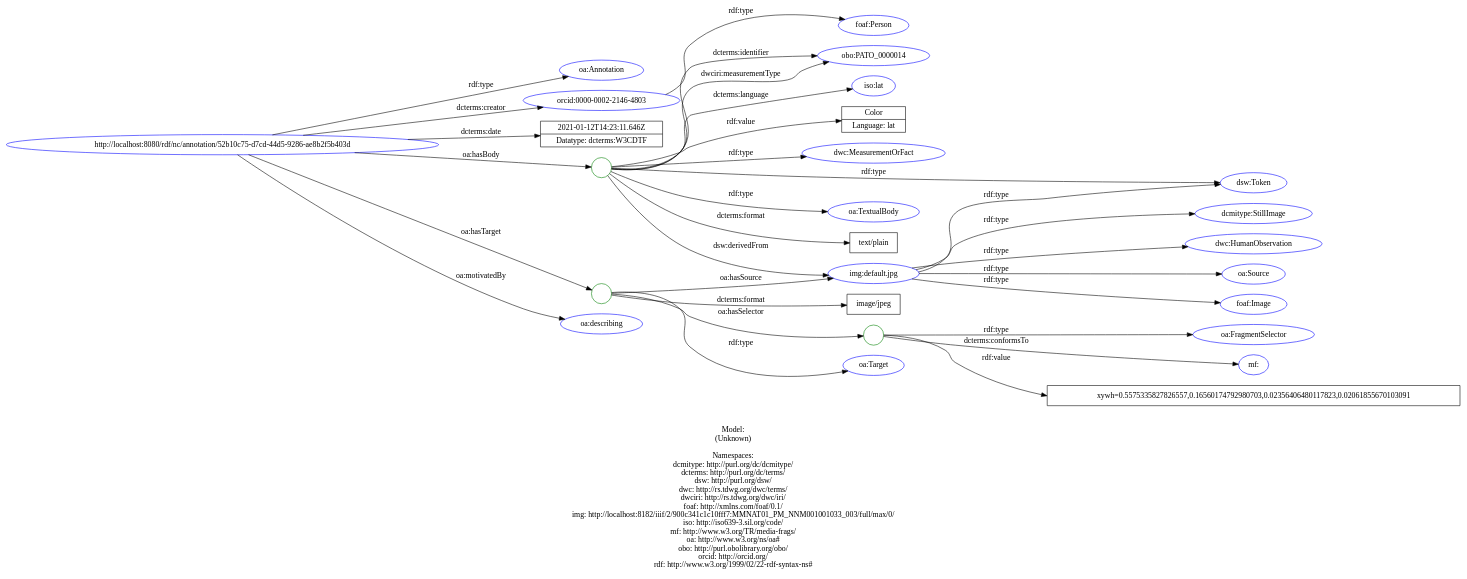
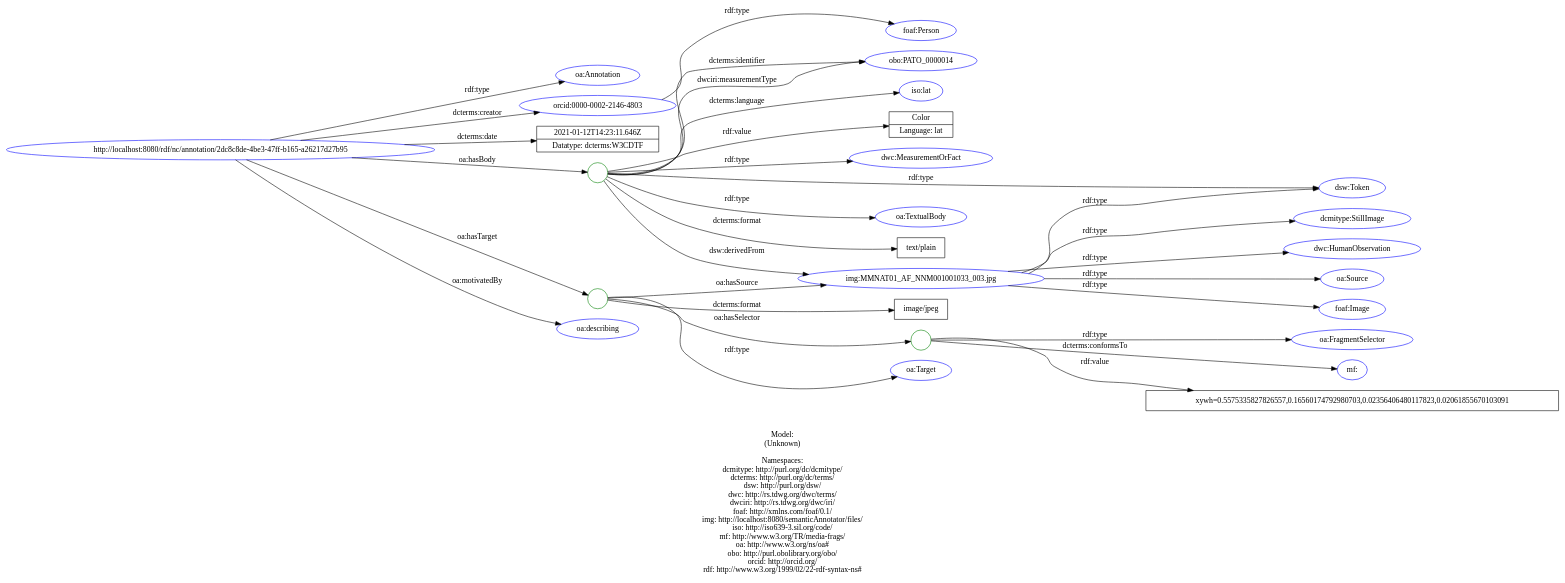
The diagram in doc/models/example_5_1.dot (lisestork/SFB-Annotator), drawn with Graphviz before and after one commit. The commit also changed 9 other files, not shown here.

Commit message:
Update doc. models in SVG. - change (remote) img:default.jpg to (local) img:MMNAT01_AF_NNM001001033_*.jpg

```diff
--- a/doc/models/example_5_1.dot
+++ b/doc/models/example_5_1.dot
@@ -1,67 +1,67 @@
 digraph {
 	rankdir = LR;
 	charset="utf-8";
 
-	"Rhttp://localhost:8080/rdf/nc/annotation/52b10c75-d7cd-44d5-9286-ae8b2f5b403d" -> "Roa:Annotation" [ label="rdf:type" ];
-	"Rhttp://localhost:8080/rdf/nc/annotation/52b10c75-d7cd-44d5-9286-ae8b2f5b403d" -> "Rorcid:0000-0002-2146-4803" [ label="dcterms:creator" ];
-	"Rhttp://localhost:8080/rdf/nc/annotation/52b10c75-d7cd-44d5-9286-ae8b2f5b403d" -> "L2021-01-12T14:23:11.646Z|Datatype: dcterms:W3CDTF" [ label="dcterms:date" ];
-	"Rhttp://localhost:8080/rdf/nc/annotation/52b10c75-d7cd-44d5-9286-ae8b2f5b403d" -> "B_:node1f0gq2gelx69" [ label="oa:hasBody" ];
-	"B_:node1f0gq2gelx69" -> "Rdsw:Token" [ label="rdf:type" ];
-	"B_:node1f0gq2gelx69" -> "Rdwc:MeasurementOrFact" [ label="rdf:type" ];
-	"B_:node1f0gq2gelx69" -> "Roa:TextualBody" [ label="rdf:type" ];
-	"B_:node1f0gq2gelx69" -> "Ltext/plain" [ label="dcterms:format" ];
-	"B_:node1f0gq2gelx69" -> "Robo:PATO_0000014" [ label="dcterms:identifier" ];
-	"B_:node1f0gq2gelx69" -> "Riso:lat" [ label="dcterms:language" ];
-	"B_:node1f0gq2gelx69" -> "Rimg:default.jpg" [ label="dsw:derivedFrom" ];
-	"B_:node1f0gq2gelx69" -> "Robo:PATO_0000014" [ label="dwciri:measurementType" ];
-	"B_:node1f0gq2gelx69" -> "LColor|Language: lat" [ label="rdf:value" ];
-	"Rhttp://localhost:8080/rdf/nc/annotation/52b10c75-d7cd-44d5-9286-ae8b2f5b403d" -> "B_:node1f0gq2gelx68" [ label="oa:hasTarget" ];
-	"B_:node1f0gq2gelx68" -> "Roa:Target" [ label="rdf:type" ];
-	"B_:node1f0gq2gelx68" -> "Limage/jpeg" [ label="dcterms:format" ];
-	"B_:node1f0gq2gelx68" -> "B_:node1f0gq2gelx71" [ label="oa:hasSelector" ];
-	"B_:node1f0gq2gelx71" -> "Roa:FragmentSelector" [ label="rdf:type" ];
-	"B_:node1f0gq2gelx71" -> "Rmf:" [ label="dcterms:conformsTo" ];
-	"B_:node1f0gq2gelx71" -> "Lxywh=0.5575335827826557,0.16560174792980703,0.02356406480117823,0.02061855670103091" [ label="rdf:value" ];
-	"B_:node1f0gq2gelx68" -> "Rimg:default.jpg" [ label="oa:hasSource" ];
-	"Rhttp://localhost:8080/rdf/nc/annotation/52b10c75-d7cd-44d5-9286-ae8b2f5b403d" -> "Roa:describing" [ label="oa:motivatedBy" ];
+	"Rhttp://localhost:8080/rdf/nc/annotation/2dc8c8de-4be3-47ff-b165-a26217d27b95" -> "Roa:Annotation" [ label="rdf:type" ];
+	"Rhttp://localhost:8080/rdf/nc/annotation/2dc8c8de-4be3-47ff-b165-a26217d27b95" -> "Rorcid:0000-0002-2146-4803" [ label="dcterms:creator" ];
+	"Rhttp://localhost:8080/rdf/nc/annotation/2dc8c8de-4be3-47ff-b165-a26217d27b95" -> "L2021-01-12T14:23:11.646Z|Datatype: dcterms:W3CDTF" [ label="dcterms:date" ];
+	"Rhttp://localhost:8080/rdf/nc/annotation/2dc8c8de-4be3-47ff-b165-a26217d27b95" -> "B_:node1f0gq2gelx26" [ label="oa:hasBody" ];
+	"B_:node1f0gq2gelx26" -> "Rdsw:Token" [ label="rdf:type" ];
+	"B_:node1f0gq2gelx26" -> "Rdwc:MeasurementOrFact" [ label="rdf:type" ];
+	"B_:node1f0gq2gelx26" -> "Roa:TextualBody" [ label="rdf:type" ];
+	"B_:node1f0gq2gelx26" -> "Ltext/plain" [ label="dcterms:format" ];
+	"B_:node1f0gq2gelx26" -> "Robo:PATO_0000014" [ label="dcterms:identifier" ];
+	"B_:node1f0gq2gelx26" -> "Riso:lat" [ label="dcterms:language" ];
+	"B_:node1f0gq2gelx26" -> "Rimg:MMNAT01_AF_NNM001001033_003.jpg" [ label="dsw:derivedFrom" ];
+	"B_:node1f0gq2gelx26" -> "Robo:PATO_0000014" [ label="dwciri:measurementType" ];
+	"B_:node1f0gq2gelx26" -> "LColor|Language: lat" [ label="rdf:value" ];
+	"Rhttp://localhost:8080/rdf/nc/annotation/2dc8c8de-4be3-47ff-b165-a26217d27b95" -> "B_:node1f0gq2gelx25" [ label="oa:hasTarget" ];
+	"B_:node1f0gq2gelx25" -> "Roa:Target" [ label="rdf:type" ];
+	"B_:node1f0gq2gelx25" -> "Limage/jpeg" [ label="dcterms:format" ];
+	"B_:node1f0gq2gelx25" -> "B_:node1f0gq2gelx28" [ label="oa:hasSelector" ];
+	"B_:node1f0gq2gelx28" -> "Roa:FragmentSelector" [ label="rdf:type" ];
+	"B_:node1f0gq2gelx28" -> "Rmf:" [ label="dcterms:conformsTo" ];
+	"B_:node1f0gq2gelx28" -> "Lxywh=0.5575335827826557,0.16560174792980703,0.02356406480117823,0.02061855670103091" [ label="rdf:value" ];
+	"B_:node1f0gq2gelx25" -> "Rimg:MMNAT01_AF_NNM001001033_003.jpg" [ label="oa:hasSource" ];
+	"Rhttp://localhost:8080/rdf/nc/annotation/2dc8c8de-4be3-47ff-b165-a26217d27b95" -> "Roa:describing" [ label="oa:motivatedBy" ];
 	"Rorcid:0000-0002-2146-4803" -> "Rfoaf:Person" [ label="rdf:type" ];
-	"Rimg:default.jpg" -> "Rdcmitype:StillImage" [ label="rdf:type" ];
-	"Rimg:default.jpg" -> "Rdsw:Token" [ label="rdf:type" ];
-	"Rimg:default.jpg" -> "Rdwc:HumanObservation" [ label="rdf:type" ];
-	"Rimg:default.jpg" -> "Roa:Source" [ label="rdf:type" ];
-	"Rimg:default.jpg" -> "Rfoaf:Image" [ label="rdf:type" ];
+	"Rimg:MMNAT01_AF_NNM001001033_003.jpg" -> "Rdcmitype:StillImage" [ label="rdf:type" ];
+	"Rimg:MMNAT01_AF_NNM001001033_003.jpg" -> "Rdsw:Token" [ label="rdf:type" ];
+	"Rimg:MMNAT01_AF_NNM001001033_003.jpg" -> "Rdwc:HumanObservation" [ label="rdf:type" ];
+	"Rimg:MMNAT01_AF_NNM001001033_003.jpg" -> "Roa:Source" [ label="rdf:type" ];
+	"Rimg:MMNAT01_AF_NNM001001033_003.jpg" -> "Rfoaf:Image" [ label="rdf:type" ];
 
 	// Resources
-	"Rhttp://localhost:8080/rdf/nc/annotation/52b10c75-d7cd-44d5-9286-ae8b2f5b403d" [ label="http://localhost:8080/rdf/nc/annotation/52b10c75-d7cd-44d5-9286-ae8b2f5b403d", shape = ellipse, color = blue ];
+	"Rhttp://localhost:8080/rdf/nc/annotation/2dc8c8de-4be3-47ff-b165-a26217d27b95" [ label="http://localhost:8080/rdf/nc/annotation/2dc8c8de-4be3-47ff-b165-a26217d27b95", shape = ellipse, color = blue ];
 	"Roa:Annotation" [ label="oa:Annotation", shape = ellipse, color = blue ];
 	"Rorcid:0000-0002-2146-4803" [ label="orcid:0000-0002-2146-4803", shape = ellipse, color = blue ];
 	"Rdsw:Token" [ label="dsw:Token", shape = ellipse, color = blue ];
 	"Rdwc:MeasurementOrFact" [ label="dwc:MeasurementOrFact", shape = ellipse, color = blue ];
 	"Roa:TextualBody" [ label="oa:TextualBody", shape = ellipse, color = blue ];
 	"Robo:PATO_0000014" [ label="obo:PATO_0000014", shape = ellipse, color = blue ];
 	"Riso:lat" [ label="iso:lat", shape = ellipse, color = blue ];
-	"Rimg:default.jpg" [ label="img:default.jpg", shape = ellipse, color = blue ];
+	"Rimg:MMNAT01_AF_NNM001001033_003.jpg" [ label="img:MMNAT01_AF_NNM001001033_003.jpg", shape = ellipse, color = blue ];
 	"Roa:Target" [ label="oa:Target", shape = ellipse, color = blue ];
 	"Roa:FragmentSelector" [ label="oa:FragmentSelector", shape = ellipse, color = blue ];
 	"Rmf:" [ label="mf:", shape = ellipse, color = blue ];
 	"Roa:describing" [ label="oa:describing", shape = ellipse, color = blue ];
 	"Rfoaf:Person" [ label="foaf:Person", shape = ellipse, color = blue ];
 	"Rdcmitype:StillImage" [ label="dcmitype:StillImage", shape = ellipse, color = blue ];
 	"Rdwc:HumanObservation" [ label="dwc:HumanObservation", shape = ellipse, color = blue ];
 	"Roa:Source" [ label="oa:Source", shape = ellipse, color = blue ];
 	"Rfoaf:Image" [ label="foaf:Image", shape = ellipse, color = blue ];
 
 	// Anonymous nodes
-	"B_:node1f0gq2gelx69" [ label="", shape = circle, color = green ];
-	"B_:node1f0gq2gelx68" [ label="", shape = circle, color = green ];
-	"B_:node1f0gq2gelx71" [ label="", shape = circle, color = green ];
+	"B_:node1f0gq2gelx26" [ label="", shape = circle, color = green ];
+	"B_:node1f0gq2gelx25" [ label="", shape = circle, color = green ];
+	"B_:node1f0gq2gelx28" [ label="", shape = circle, color = green ];
 
 	// Literals
 	"L2021-01-12T14:23:11.646Z|Datatype: dcterms:W3CDTF" [ label="2021-01-12T14:23:11.646Z|Datatype: dcterms:W3CDTF", shape = record ];
 	"Ltext/plain" [ label="text/plain", shape = record ];
 	"LColor|Language: lat" [ label="Color|Language: lat", shape = record ];
 	"Limage/jpeg" [ label="image/jpeg", shape = record ];
 	"Lxywh=0.5575335827826557,0.16560174792980703,0.02356406480117823,0.02061855670103091" [ label="xywh=0.5575335827826557,0.16560174792980703,0.02356406480117823,0.02061855670103091", shape = record ];
 
-	label="\n\nModel:\n(Unknown)\n\nNamespaces:\ndcmitype: http://purl.org/dc/dcmitype/\ndcterms: http://purl.org/dc/terms/\ndsw: http://purl.org/dsw/\ndwc: http://rs.tdwg.org/dwc/terms/\ndwciri: http://rs.tdwg.org/dwc/iri/\nfoaf: http://xmlns.com/foaf/0.1/\nimg: http://localhost:8182/iiif/2/900c341c1c10fff7:MMNAT01_PM_NNM001001033_003/full/max/0/\niso: http://iso639-3.sil.org/code/\nmf: http://www.w3.org/TR/media-frags/\noa: http://www.w3.org/ns/oa#\nobo: http://purl.obolibrary.org/obo/\norcid: http://orcid.org/\nrdf: http://www.w3.org/1999/02/22-rdf-syntax-ns#\n";
+	label="\n\nModel:\n(Unknown)\n\nNamespaces:\ndcmitype: http://purl.org/dc/dcmitype/\ndcterms: http://purl.org/dc/terms/\ndsw: http://purl.org/dsw/\ndwc: http://rs.tdwg.org/dwc/terms/\ndwciri: http://rs.tdwg.org/dwc/iri/\nfoaf: http://xmlns.com/foaf/0.1/\nimg: http://localhost:8080/semanticAnnotator/files/\niso: http://iso639-3.sil.org/code/\nmf: http://www.w3.org/TR/media-frags/\noa: http://www.w3.org/ns/oa#\nobo: http://purl.obolibrary.org/obo/\norcid: http://orcid.org/\nrdf: http://www.w3.org/1999/02/22-rdf-syntax-ns#\n";
 }
```
